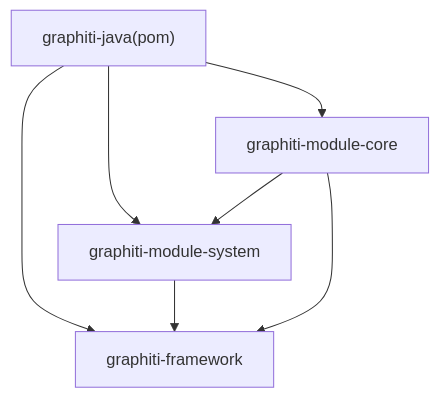
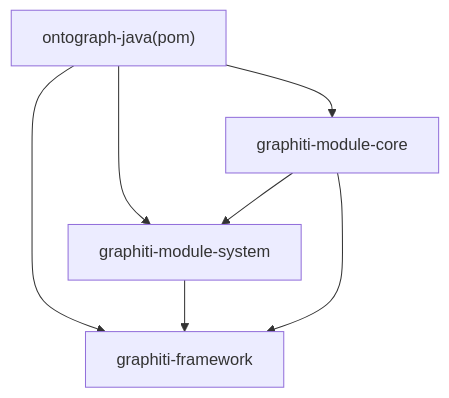
Before and after one commit to joezxh/graphiti-java: the eighth of 8 diagrams in docs/manual/核心模块/核心模块.md, drawn with Mermaid. The commit also changed other lines of this file and 504 other files, not shown here.

Commit message:
refactor: rename Maven modules from graphiti-* to ontograph-* and update all docs

````diff
--- a/docs/manual/核心模块/核心模块.md
+++ b/docs/manual/核心模块/核心模块.md
@@ -368,13 +368,13 @@
 ```mermaid
 graph TB
-Parent["graphiti-java(pom)"]
+Parent["ontograph-java(pom)"]
 FW["graphiti-framework"]
 SYS["graphiti-module-system"]
 CORE["graphiti-module-core"]
 Parent --> FW
 Parent --> SYS
 Parent --> CORE
 SYS --> FW
 CORE --> SYS
 CORE --> FW
 ```
````
